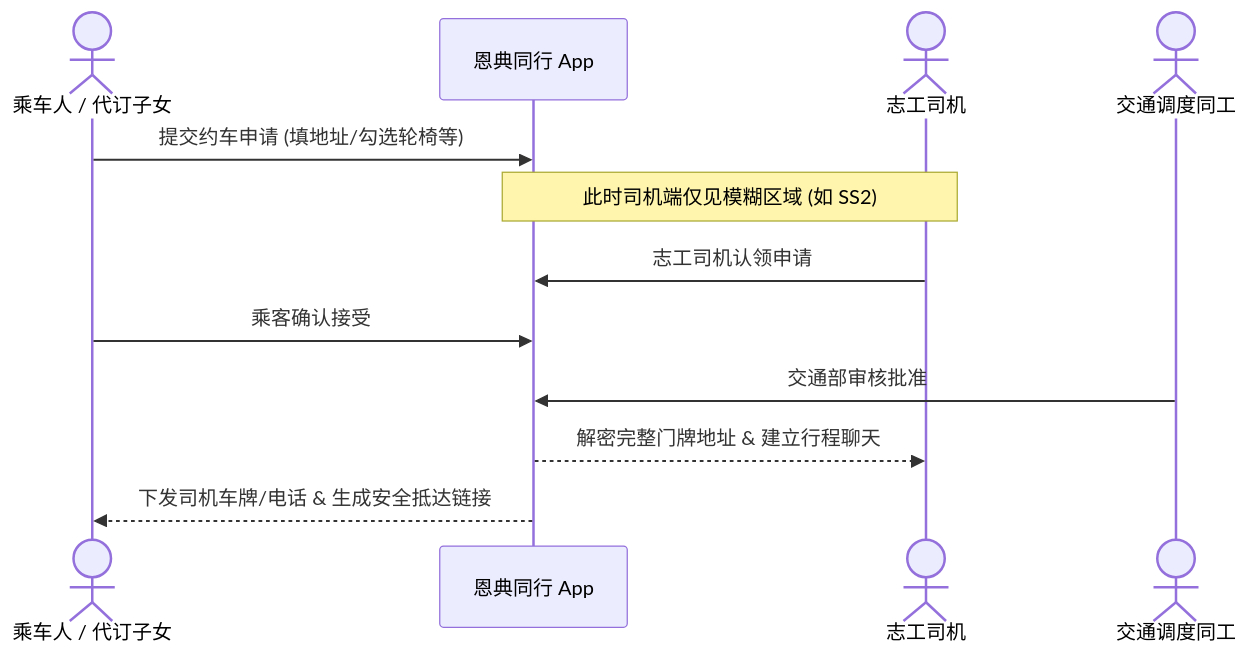
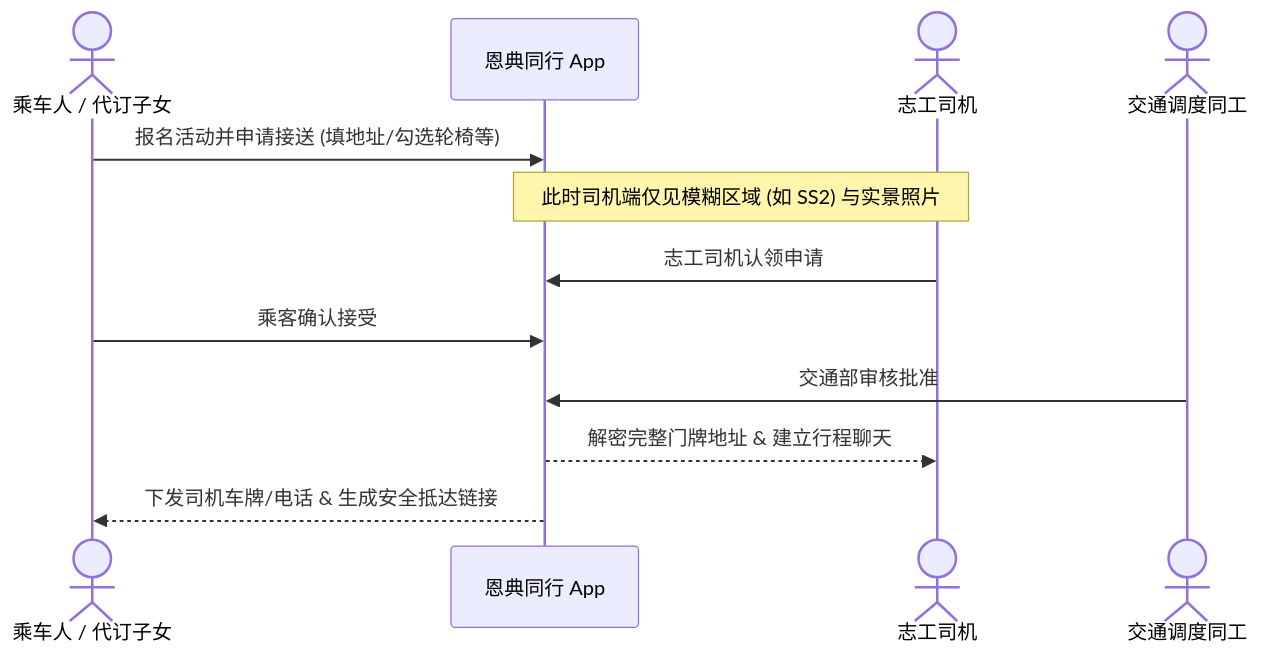
The second of 2 diagrams in docs/USER_MANUAL.md (siewong007/grace-ride), drawn with Mermaid before and after one commit. The commit also changed other lines of this file and 19 other files, not shown here.

````diff
--- a/docs/USER_MANUAL.md
+++ b/docs/USER_MANUAL.md
@@ -73,15 +85,15 @@
 ```mermaid
 sequenceDiagram
     actor P as 乘车人 / 代订子女
     participant App as 恩典同行 App
     actor D as 志工司机
     actor T as 交通调度同工
 
-    P->>App: 提交约车申请 (填地址/勾选轮椅等)
-    Note over App,D: 此时司机端仅见模糊区域 (如 SS2)
+    P->>App: 报名活动并申请接送 (填地址/勾选轮椅等)
+    Note over App,D: 此时司机端仅见模糊区域 (如 SS2) 与实景照片
     D->>App: 志工司机认领申请
     P->>App: 乘客确认接受
     T->>App: 交通部审核批准
     App-->>D: 解密完整门牌地址 & 建立行程聊天
     App-->>P: 下发司机车牌/电话 & 生成安全抵达链接
 ```
````
